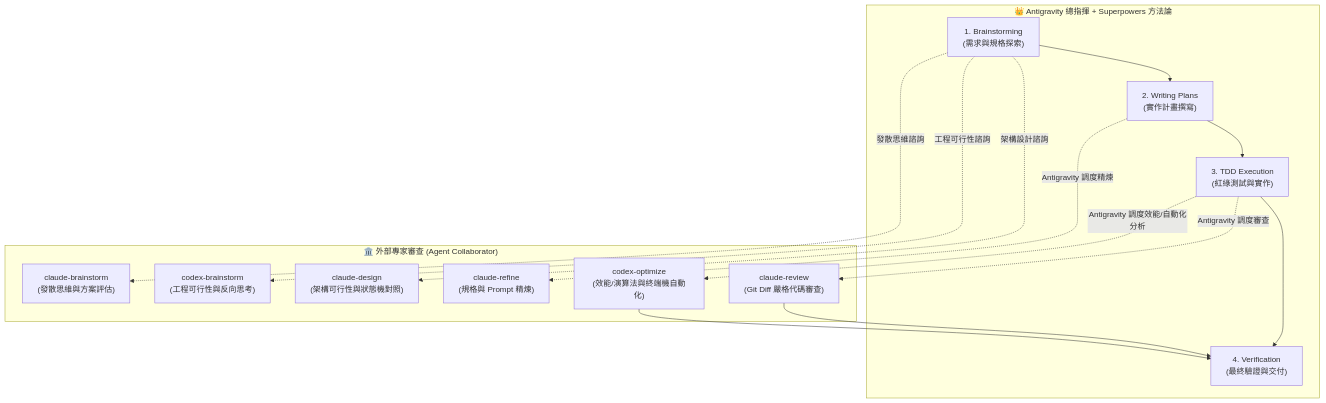
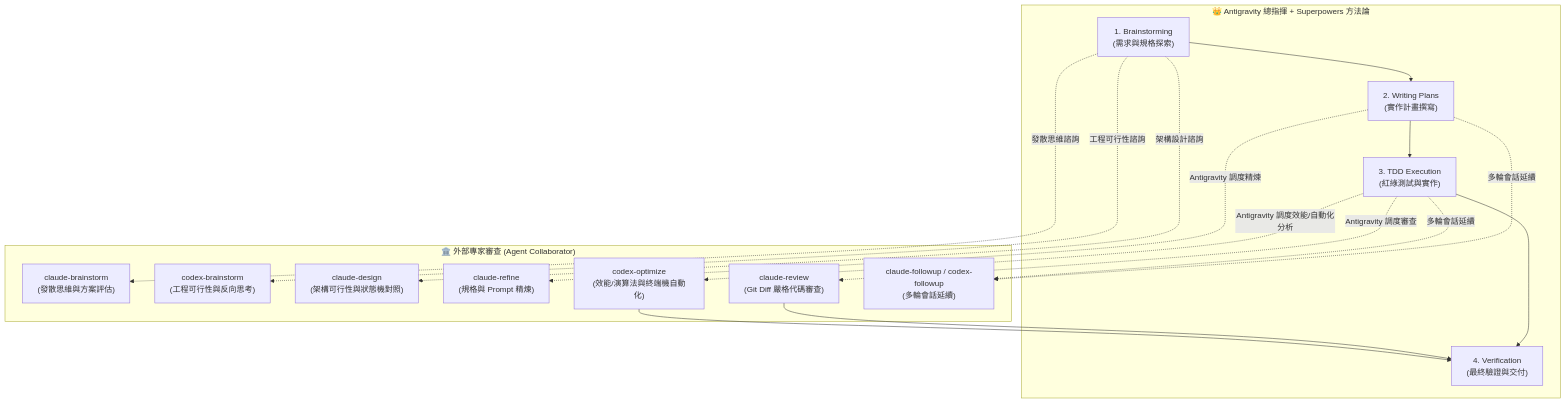
Before and after one commit to gogog22510/agent-collaborator: the second of 2 diagrams in README_zh.md, drawn with Mermaid. The commit also changed other lines of this file and 13 other files, not shown here.

````diff
--- a/README_zh.md
+++ b/README_zh.md
@@ -175,26 +178,29 @@
 ```mermaid
 flowchart TD
     subgraph AntigravitySuperpowers["👑 Antigravity 總指揮 + Superpowers 方法論"]
         B["1. Brainstorming<br/>(需求與規格探索)"] --> P["2. Writing Plans<br/>(實作計畫撰寫)"]
         P --> T["3. TDD Execution<br/>(紅綠測試與實作)"]
         T --> V["4. Verification<br/>(最終驗證與交付)"]
     end
 
     subgraph PeerAdvisors["🏛️ 外部專家審查 (Agent Collaborator)"]
         CB["claude-brainstorm<br/>(發散思維與方案評估)"]
         XB["codex-brainstorm<br/>(工程可行性與反向思考)"]
         CD["claude-design<br/>(架構可行性與狀態機對照)"]
         CR["claude-refine<br/>(規格與 Prompt 精煉)"]
         CW["claude-review<br/>(Git Diff 嚴格代碼審查)"]
         CO["codex-optimize<br/>(效能/演算法與終端機自動化)"]
+        CF["claude-followup / codex-followup<br/>(多輪會話延續)"]
     end
 
     B -.->|發散思維諮詢| CB
     B -.->|工程可行性諮詢| XB
     B -.->|架構設計諮詢| CD
     P -.->|Antigravity 調度精煉| CR
+    P -.->|多輪會話延續| CF
     T -.->|Antigravity 調度審查| CW
     T -.->|Antigravity 調度效能/自動化分析| CO
+    T -.->|多輪會話延續| CF
     CW --> V
     CO --> V
 ```
````
